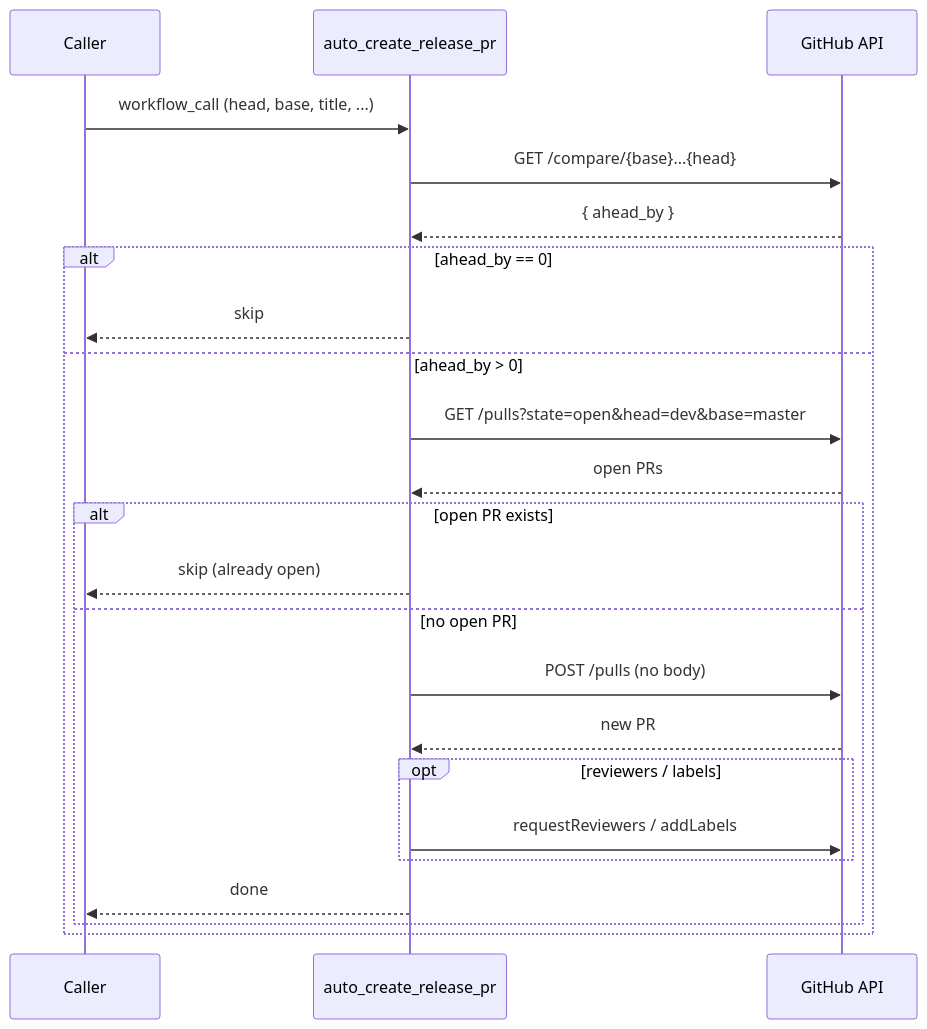
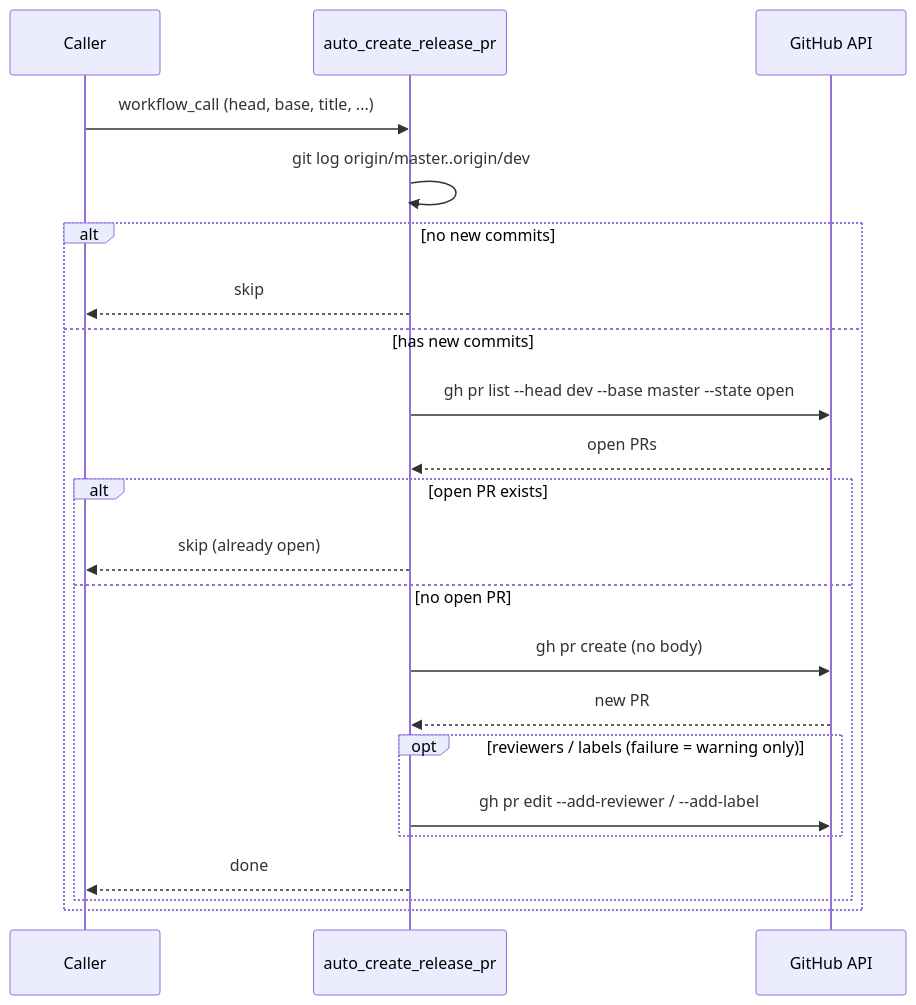
One commit to CoolBitX-Technology/cp-workflow-template changed the second of 3 diagrams in docs/plans/2026-10-12-auto-create-release-pr.md. Above: the diagram before and after it, drawn with Mermaid. The commit also changed other lines of this file and 3 other files, not shown here.

````diff
--- a/docs/plans/2026-10-12-auto-create-release-pr.md
+++ b/docs/plans/2026-10-12-auto-create-release-pr.md
@@ -142,29 +142,28 @@
 ```mermaid
 sequenceDiagram
     participant Caller
     participant RW as auto_create_release_pr
     participant GH as GitHub API
 
     Caller->>RW: workflow_call (head, base, title, ...)
 
-    RW->>GH: GET /compare/{base}...{head}
-    GH-->>RW: { ahead_by }
+    RW->>RW: git log origin/master..origin/dev
 
-    alt ahead_by == 0
+    alt no new commits
         RW-->>Caller: skip
-    else ahead_by > 0
-        RW->>GH: GET /pulls?state=open&head=dev&base=master
+    else has new commits
+        RW->>GH: gh pr list --head dev --base master --state open
         GH-->>RW: open PRs
 
         alt open PR exists
             RW-->>Caller: skip (already open)
         else no open PR
-            RW->>GH: POST /pulls (no body)
+            RW->>GH: gh pr create (no body)
             GH-->>RW: new PR
-            opt reviewers / labels
-                RW->>GH: requestReviewers / addLabels
+            opt reviewers / labels (failure = warning only)
+                RW->>GH: gh pr edit --add-reviewer / --add-label
             end
             RW-->>Caller: done
         end
     end
 ```
````
